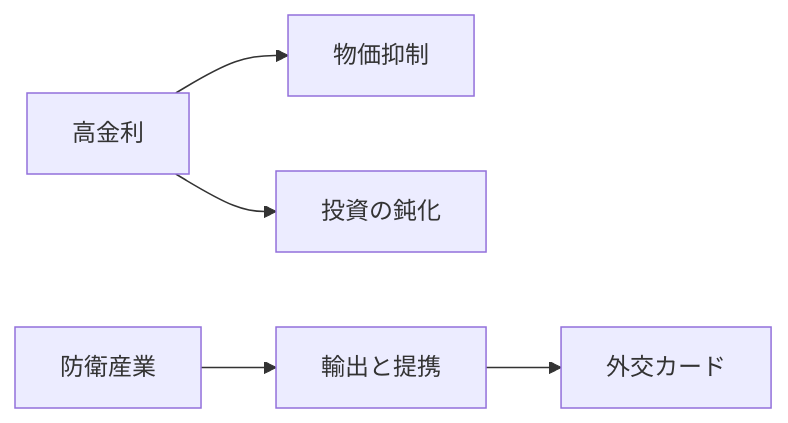
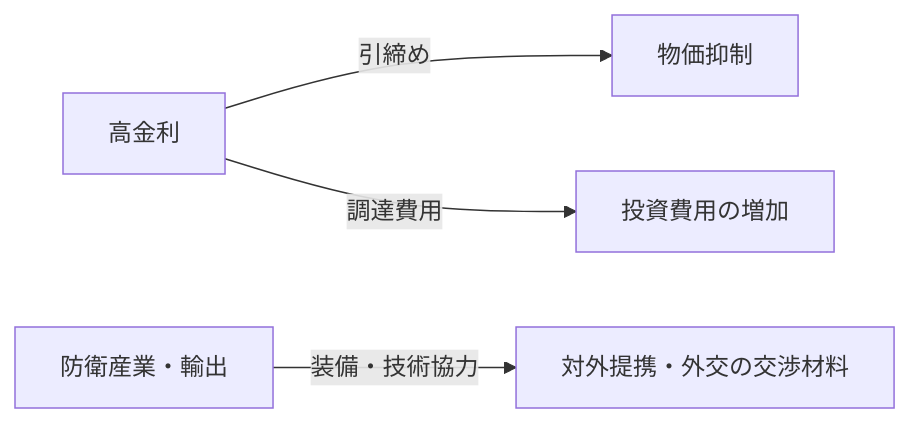
One commit to daylight55/research changed the third of 3 diagrams in articles/report/turkiye-geopolitical-profile/ja/index.mdx. Above: the diagram before and after it, drawn with Mermaid. The commit also changed other lines of this file and 181 other files, not shown here.

First line of the commit message:
全記事の図解368点を再生成し、共通注意書きを削除 (#402)

````diff
--- a/articles/report/turkiye-geopolitical-profile/ja/index.mdx
+++ b/articles/report/turkiye-geopolitical-profile/ja/index.mdx
@@ -121,7 +131,13 @@
 ```mermaid
 flowchart LR
-  A["高金利"] --> B["物価抑制"]
-  A --> C["投資の鈍化"]
-  D["防衛産業"] --> E["輸出と提携"]
-  E --> F["外交カード"]
+  accTitle: トルコの金融引締めと防衛輸出の異なる作用
+  accDescr: 高金利は物価抑制と投資負担、防衛輸出は提携と外交交渉に関わる。二つを同じ因果鎖にしない。
+  N0["高金利"]
+  N1["物価抑制"]
+  N2["投資費用の増加"]
+  N3["防衛産業・輸出"]
+  N4["対外提携・外交の交渉材料"]
+  N0 -->|引締め| N1
+  N0 -->|調達費用| N2
+  N3 -->|装備・技術協力| N4
 ```
````
